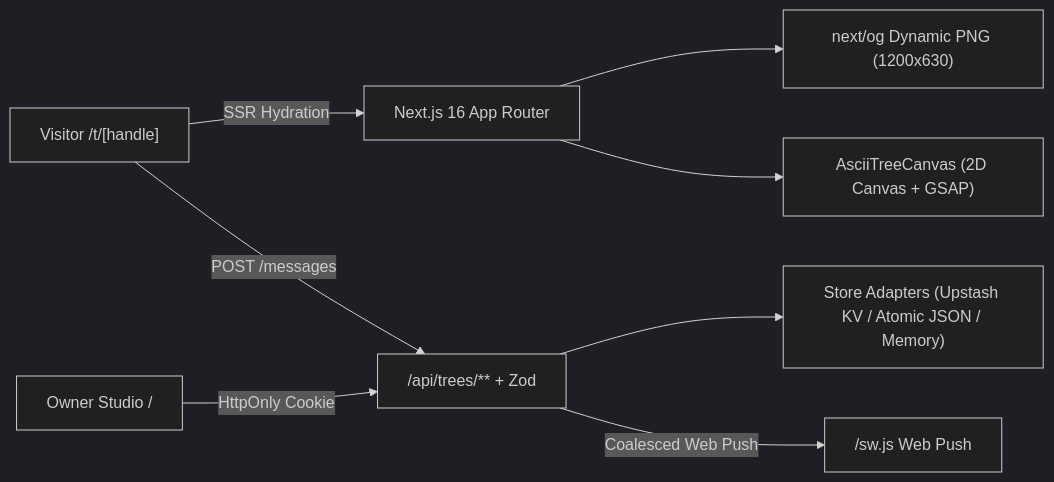
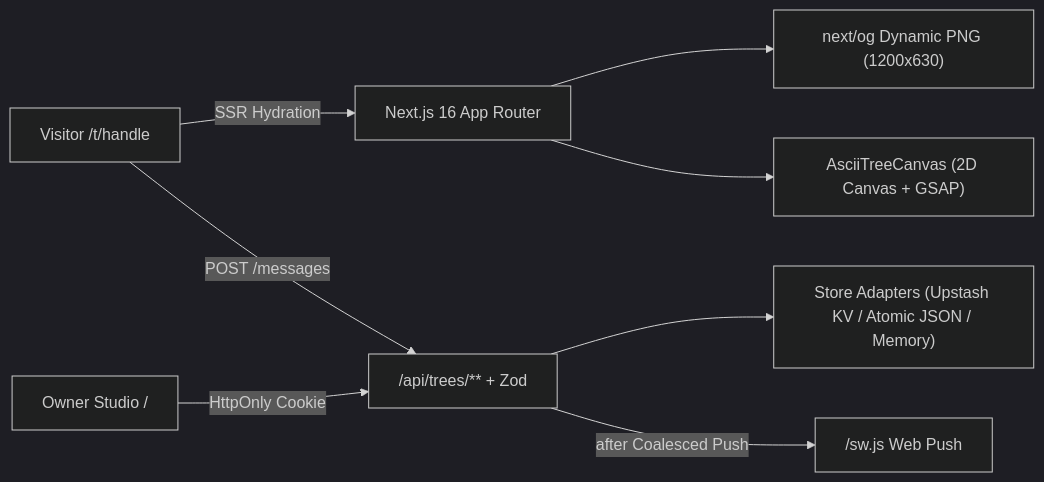
The diagram in README.md (noodlestack/Hoho.xo), drawn with Mermaid (dark theme) before and after one commit. The commit also changed other lines of this file and 12 other files, not shown here.

````diff
--- a/README.md
+++ b/README.md
@@ -60,10 +61,10 @@
 ```mermaid
 flowchart LR
-  V["Visitor /t/[handle]"] -->|"SSR Hydration"| Page["Next.js 16 App Router"]
+  V["Visitor /t/handle"] -->|"SSR Hydration"| Page["Next.js 16 App Router"]
   O["Owner Studio /"] -->|"HttpOnly Cookie"| API["/api/trees/** + Zod"]
   V -->|"POST /messages"| API
   API --> Store["Store Adapters (Upstash KV / Atomic JSON / Memory)"]
-  API -->|"Coalesced Web Push"| SW["/sw.js Web Push"]
+  API -->|"after Coalesced Push"| SW["/sw.js Web Push"]
   Page --> OG["next/og Dynamic PNG (1200x630)"]
   Page --> Canvas["AsciiTreeCanvas (2D Canvas + GSAP)"]
 ```
````
